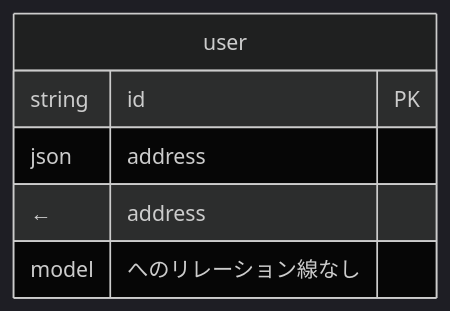
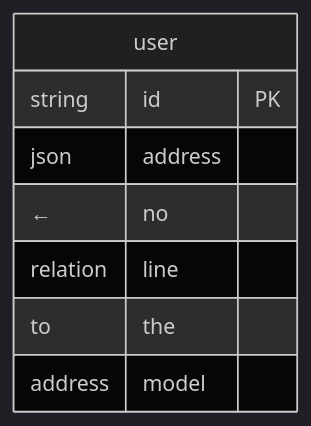
Before and after one commit to hiroshiasayadev-prog/brewprint: the fourth of 4 diagrams in bpdsl/records/spec/views/er.md, drawn with Mermaid (dark theme). The commit also changed other lines of this file and 131 other files, not shown here.

````diff
--- a/bpdsl/records/spec/views/er.md
+++ b/bpdsl/records/spec/views/er.md
@@ -170,7 +147,7 @@
 ```mermaid
 erDiagram
   user {
     string id PK
-    json address      ← address model へのリレーション線なし
+    json address      ← no relation line to the address model
   }
 ```
````
